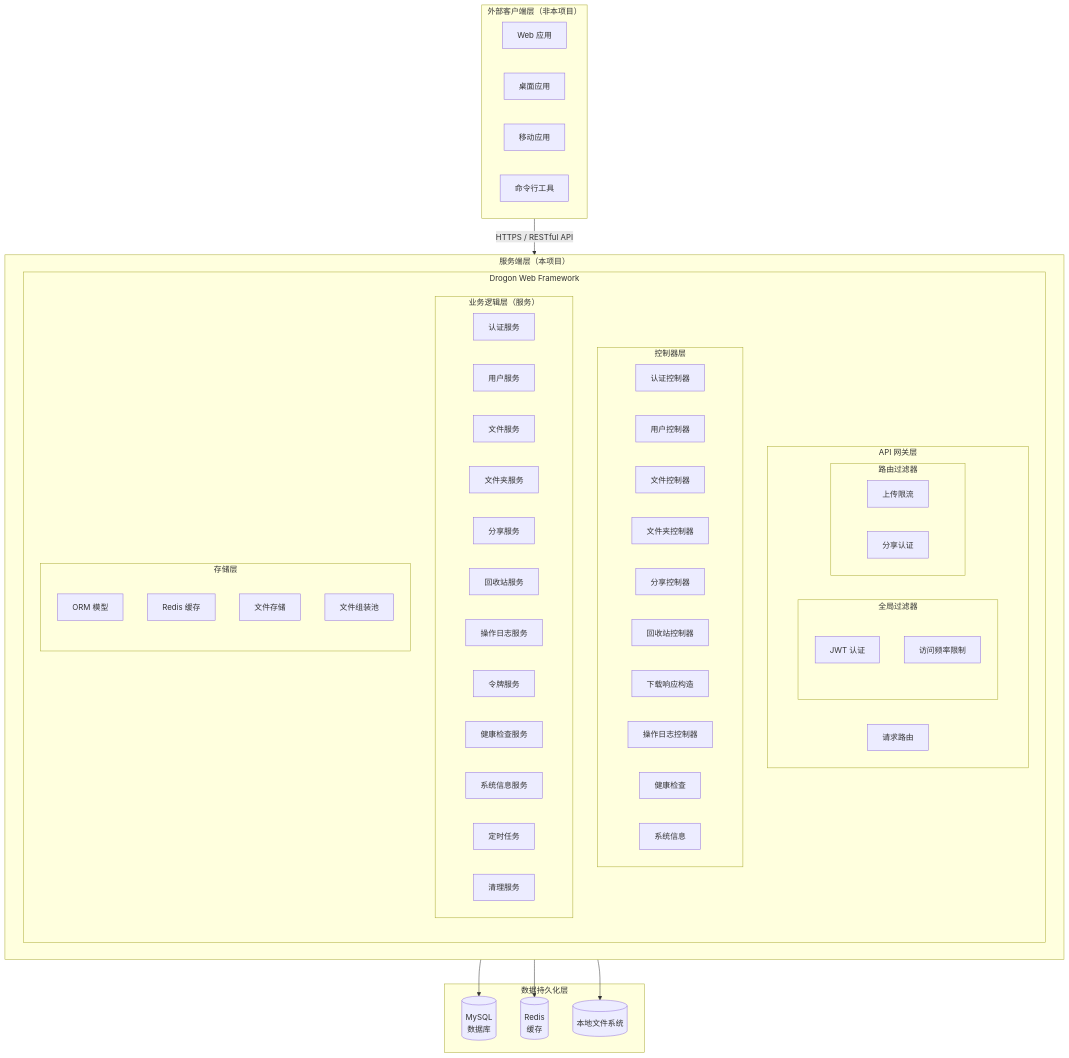
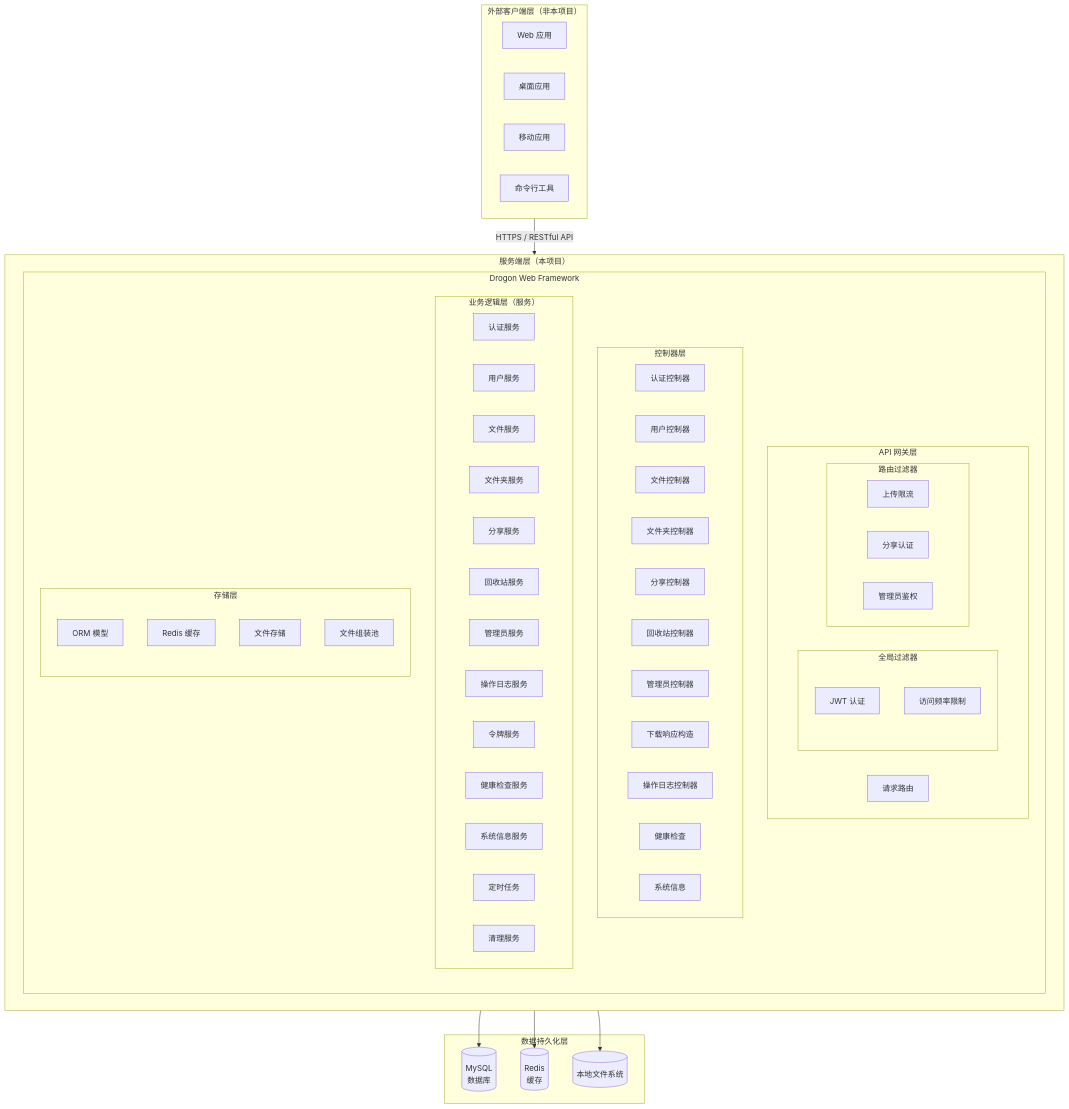
One commit to yizhinailong/disk changed the first of 5 diagrams in docs/design/00-系统概述.md. Above: the diagram before and after it, drawn with Mermaid. The commit also changed other lines of this file and 3 other files, not shown here.

````diff
--- a/docs/design/00-系统概述.md
+++ b/docs/design/00-系统概述.md
@@ -32,68 +32,71 @@
 ```mermaid
 flowchart TB
     subgraph Clients["外部客户端层（非本项目）"]
         WebApp["Web 应用"]
         Desktop["桌面应用"]
         Mobile["移动应用"]
         CLI["命令行工具"]
     end
 
     subgraph Server["服务端层（本项目）"]
         subgraph Drogon["Drogon Web Framework"]
             subgraph APIGateway["API 网关层"]
                 subgraph Filters["全局过滤器"]
                     JWT["JWT 认证"]
                     RateLimit["访问频率限制"]
                 end
                 subgraph PerRouteFilters["路由过滤器"]
                     UploadRateLimit["上传限流"]
                     ShareAuth["分享认证"]
+                    AdminAuth["管理员鉴权"]
                 end
                 Router["请求路由"]
             end
             subgraph Controllers["控制器层"]
                 AuthCtrl["认证控制器"]
                 UserCtrl["用户控制器"]
                 FileCtrl["文件控制器"]
                 FolderCtrl["文件夹控制器"]
                 ShareCtrl["分享控制器"]
                 TrashCtrl["回收站控制器"]
+                AdminCtrl["管理员控制器"]
                 DownloadResponder["下载响应构造"]
                 OperationLogController["操作日志控制器"]
                 HealthCtrl["健康检查"]
                 SysCtrl["系统信息"]
             end
             subgraph Business["业务逻辑层（服务）"]
                 AuthService["认证服务"]
                 UserService["用户服务"]
                 FileService["文件服务"]
                 FolderService["文件夹服务"]
                 ShareService["分享服务"]
                 TrashService["回收站服务"]
+                AdminService["管理员服务"]
                 OpLogService["操作日志服务"]
                 TokenService["令牌服务"]
                 HealthService["健康检查服务"]
                 SystemService["系统信息服务"]
                 ScheduledTasks["定时任务"]
                 CleanupService["清理服务"]
             end
             subgraph Storage["存储层"]
                 ORM["ORM 模型"]
                 RedisCache["Redis 缓存"]
                 FileStorage["文件存储"]
                 AssemblyPool["文件组装池"]
             end
         end
     end
 
     subgraph Data["数据持久化层"]
         MySQL[("MySQL<br/>数据库")]
         Redis[("Redis<br/>缓存")]
         FileSystem[("本地文件系统")]
     end
 
     Clients -->|"HTTPS / RESTful API"| Server
     Server --> MySQL
     Server --> Redis
     Server --> FileSystem
 ```
````
